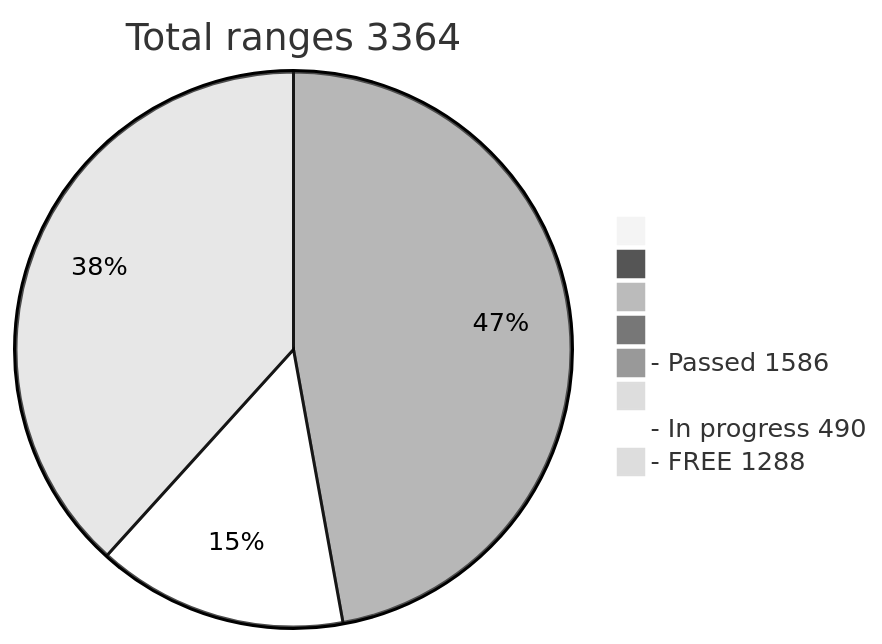
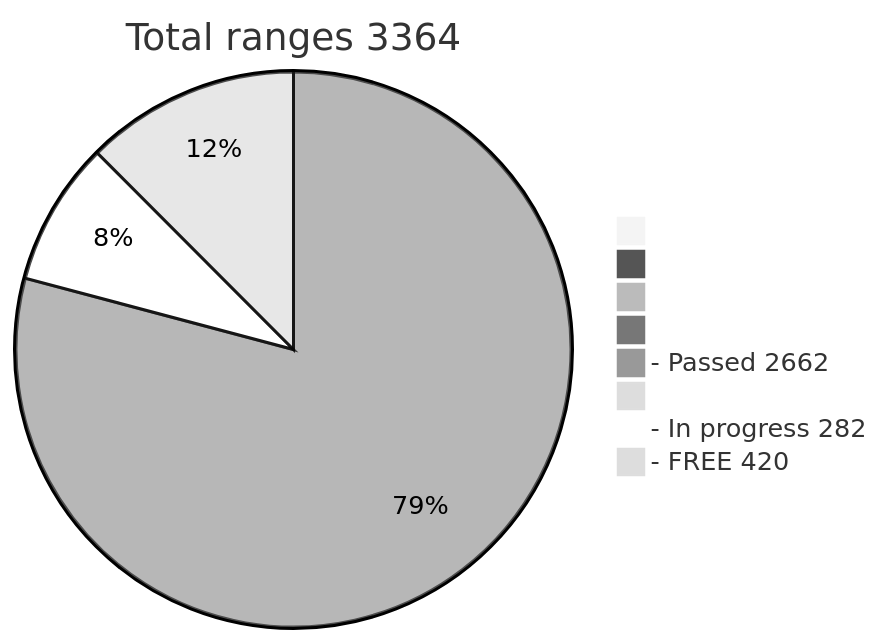
Before and after one commit to phrutis/wif500: the diagram in README.md, drawn with Mermaid (neutral theme).

````diff
--- a/README.md
+++ b/README.md
@@ -16,12 +16,12 @@
 ```mermaid
 pie title Total ranges 3364
              " " : 0
             "  " : 0
            "   " : 0
           "    " : 0
-  "- Passed 1586" : 1586
+  "- Passed 2662" : 2662
          "     " : 0
-  "- In progress 490" : 490
-   "- FREE 1288" : 1288
+  "- In progress 282" : 282
+   "- FREE 420" : 420
    
 ```
````
